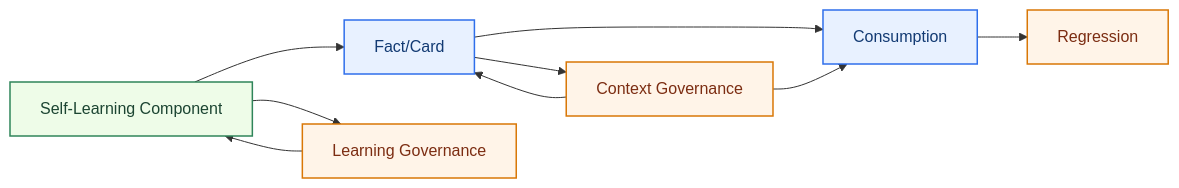
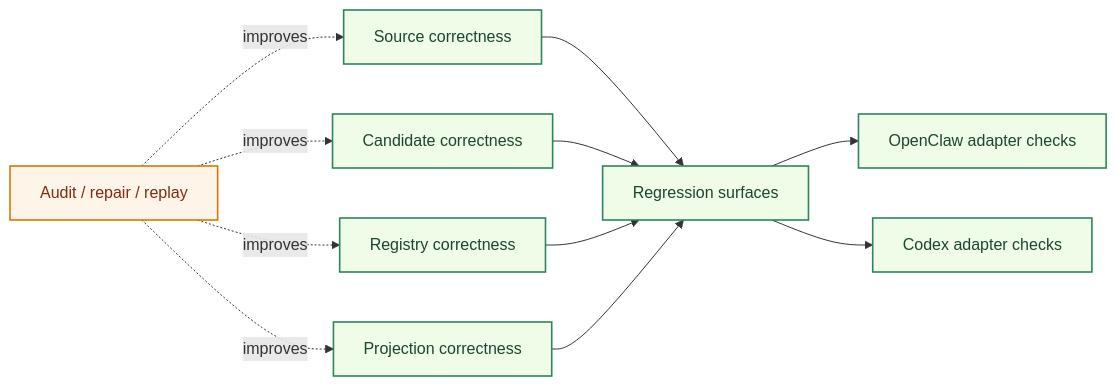
One commit to redcreen/memory-context-claw changed the sixth of 12 diagrams in system-architecture.md. Above: the diagram before and after it, drawn with Mermaid. The commit also changed other lines of this file and 5 other files, not shown here.

Commit message:
Refresh top-level architecture docs

````diff
--- a/system-architecture.md
+++ b/system-architecture.md
@@ -166,18 +281,19 @@
 ```mermaid
 flowchart LR
-    A["Self-Learning Component"] --> B["Fact/Card"]
-    B --> C["Consumption"]
-    C --> D["Regression"]
-    A --> E["Learning Governance"]
-    B --> F["Context Governance"]
-    E --> A
-    F --> B
-    F --> C
+    A["Source correctness"] --> E["Regression surfaces"]
+    B["Candidate correctness"] --> E
+    C["Registry correctness"] --> E
+    D["Projection correctness"] --> E
+    E --> F["OpenClaw adapter checks"]
+    E --> G["Codex adapter checks"]
 
-    classDef plugin fill:#e8f1ff,stroke:#2f6feb,color:#123a73,stroke-width:1.5px;
-    classDef learning fill:#eefce8,stroke:#2f855a,color:#1c4532,stroke-width:1.5px;
-    classDef ops fill:#fff4e8,stroke:#d97706,color:#7c2d12,stroke-width:1.5px;
-    class B,C plugin;
-    class A learning;
-    class D,E,F ops;
+    H["Audit / repair / replay"] -. improves .-> A
+    H -. improves .-> B
+    H -. improves .-> C
+    H -. improves .-> D
+
+    classDef core fill:#eefce8,stroke:#2f855a,color:#1c4532,stroke-width:1.6px;
+    classDef ops fill:#fff4e8,stroke:#d97706,color:#7c2d12,stroke-width:1.6px;
+    class A,B,C,D,E,F,G core;
+    class H ops;
 ```
````
